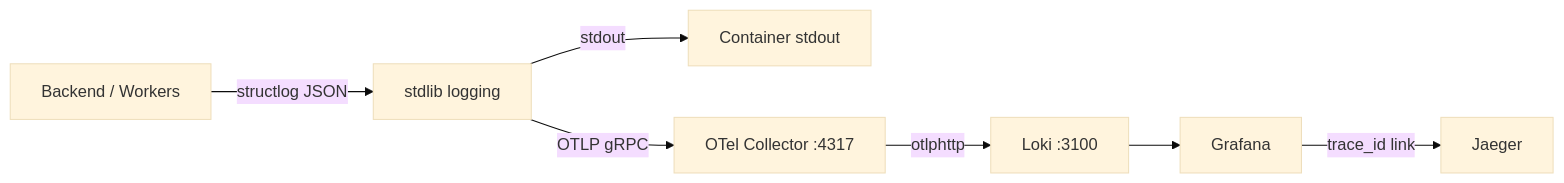
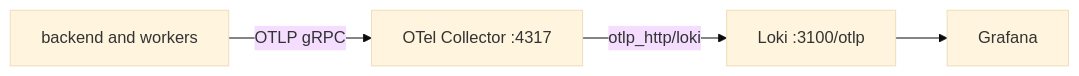
One commit to HardMax71/Integr8sCode changed the diagram in docs/operations/loki.md. Above: the diagram before and after it, drawn with Mermaid (base theme). The commit also changed other lines of this file and 304 other files, not shown here.

````diff
--- a/docs/operations/loki.md
+++ b/docs/operations/loki.md
@@ -7,9 +5,6 @@
 ```mermaid
 flowchart LR
-    Backend[Backend / Workers] -->|structlog JSON| Stdlib[stdlib logging]
-    Stdlib -->|stdout| Docker[Container stdout]
-    Stdlib -->|OTLP gRPC| Collector[OTel Collector :4317]
-    Collector -->|otlphttp| Loki[Loki :3100]
+    Proc["backend and workers"] -->|"OTLP gRPC"| Collector["OTel Collector :4317"]
+    Collector -->|"otlp_http/loki"| Loki["Loki :3100/otlp"]
     Loki --> Grafana
-    Grafana -->|trace_id link| Jaeger
 ```
````
